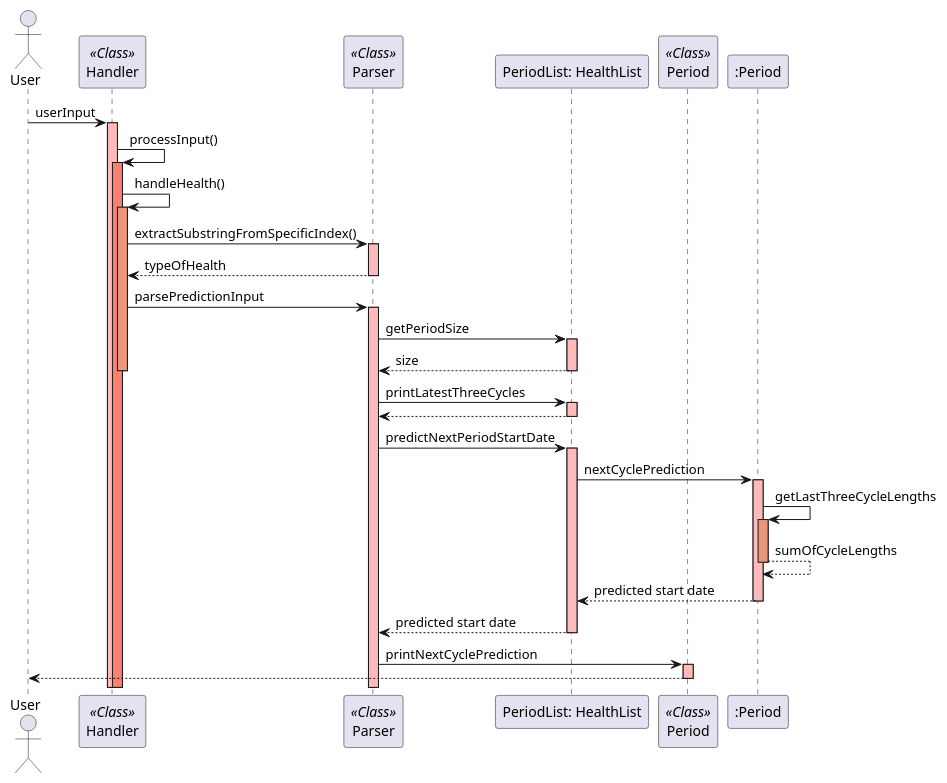
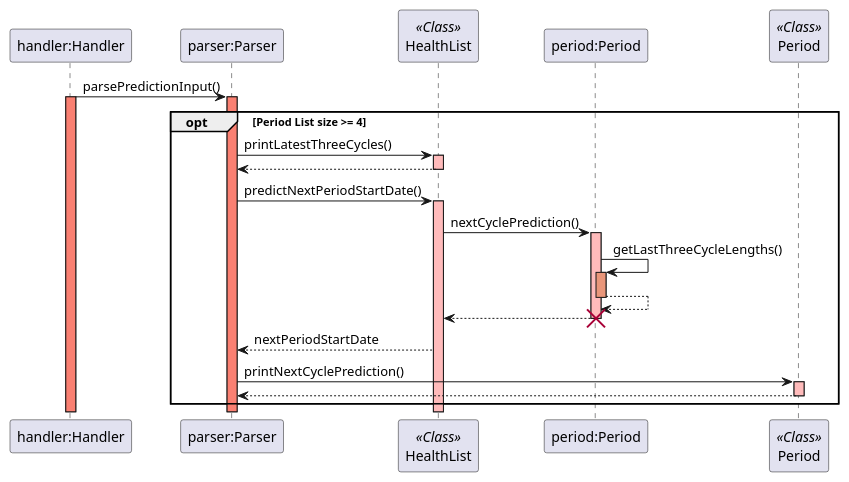
The diagram in docs/puml/sequence_diagrams/period_prediction.puml (rouvinerh/tp), drawn with PlantUML before and after one commit. The commit also changed 11 other files, not shown here.

Commit message:
Update sequence diagrams for Bmi and Period

```diff
--- a/docs/puml/sequence_diagrams/period_prediction.puml
+++ b/docs/puml/sequence_diagrams/period_prediction.puml
@@ -1,53 +1,39 @@
 @startuml
-actor User
-participant Handler as Handler << Class >>
-participant Parser as Parser << Class >>
-participant HealthList as "PeriodList: HealthList"
-participant Period as Period << Class >>
 
-User -> Handler : userInput
-activate Handler #FFBBBB
-Handler -> Handler : processInput()
-activate Handler #Salmon
-Handler -> Handler : handleHealth()
-activate Handler #DarkSalmon
-Handler -> Parser  : extractSubstringFromSpecificIndex()
-activate Parser  #FFBBBB
-Parser  --> Handler : typeOfHealth
-deactivate Parser  #FFBBBB
+skinparam sequenceReferenceBackgroundColor lightblue
+participant "handler:Handler" as Handler
+participant "parser:Parser" as Parser
+participant "HealthList" as HealthList <<Class>>
+participant "period:Period" as Period
+participant "Period" as Period1 <<Class>>
 
-Handler -> Parser : parsePredictionInput
-activate Parser  #FFBBBB
+Handler -> Parser: parsePredictionInput()
+activate Handler #salmon
+activate Parser #salmon
 
-Parser -> HealthList : getPeriodSize
+opt Period List size >= 4
+Parser -> HealthList: printLatestThreeCycles()
 activate HealthList #FFBBBB
-HealthList --> Parser : size
+HealthList --> Parser:
 deactivate HealthList #FFBBBB
-deactivate Handler #FFBBBB
+Parser -> HealthList: predictNextPeriodStartDate()
+activate HealthList #FFBBBB
+HealthList -> Period: nextCyclePrediction()
+activate Period #FFBBBB
+Period -> Period: getLastThreeCycleLengths()
+activate Period #DarkSalmon
+Period --> Period:
+deactivate Period #DarkSalmon
+Period --> HealthList:
+deactivate Period #FFBBBB
+destroy Period
+HealthList --> Parser: nextPeriodStartDate
 
-Parser -> HealthList : printLatestThreeCycles
-activate HealthList  #FFBBBB
-HealthList --> Parser
-deactivate HealthList  #FFBBBB
+Parser -> Period1: printNextCyclePrediction()
+activate Period1 #FFBBBB
+Period1 --> Parser:
+deactivate Period1 #FFBBBB
 
-Parser -> HealthList : predictNextPeriodStartDate
-activate HealthList  #FFBBBB
-HealthList -> ":Period" : nextCyclePrediction
-activate ":Period" #FFBBBB
-":Period" -> ":Period" : getLastThreeCycleLengths
-activate ":Period" #DarkSalmon
-":Period" --> ":Period" : sumOfCycleLengths
-deactivate ":Period" #DarkSalmon
-
-":Period" --> HealthList : predicted start date
-deactivate ":Period" #FFBBBB
-HealthList --> Parser : predicted start date
-deactivate HealthList  #FFBBBB
-
-Parser -> Period : printNextCyclePrediction
-activate Period  #FFBBBB
-Period --> User :
-deactivate Period #FFBBBB
-
+end
 
 @enduml
```
